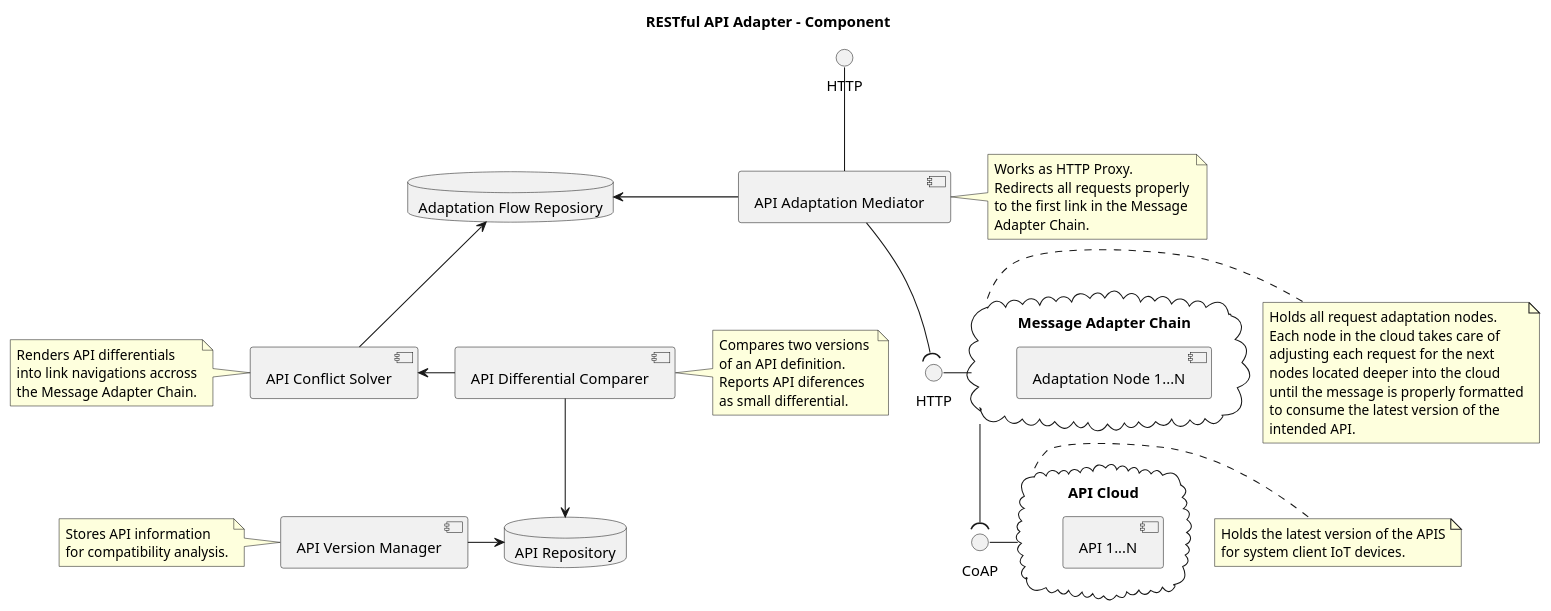
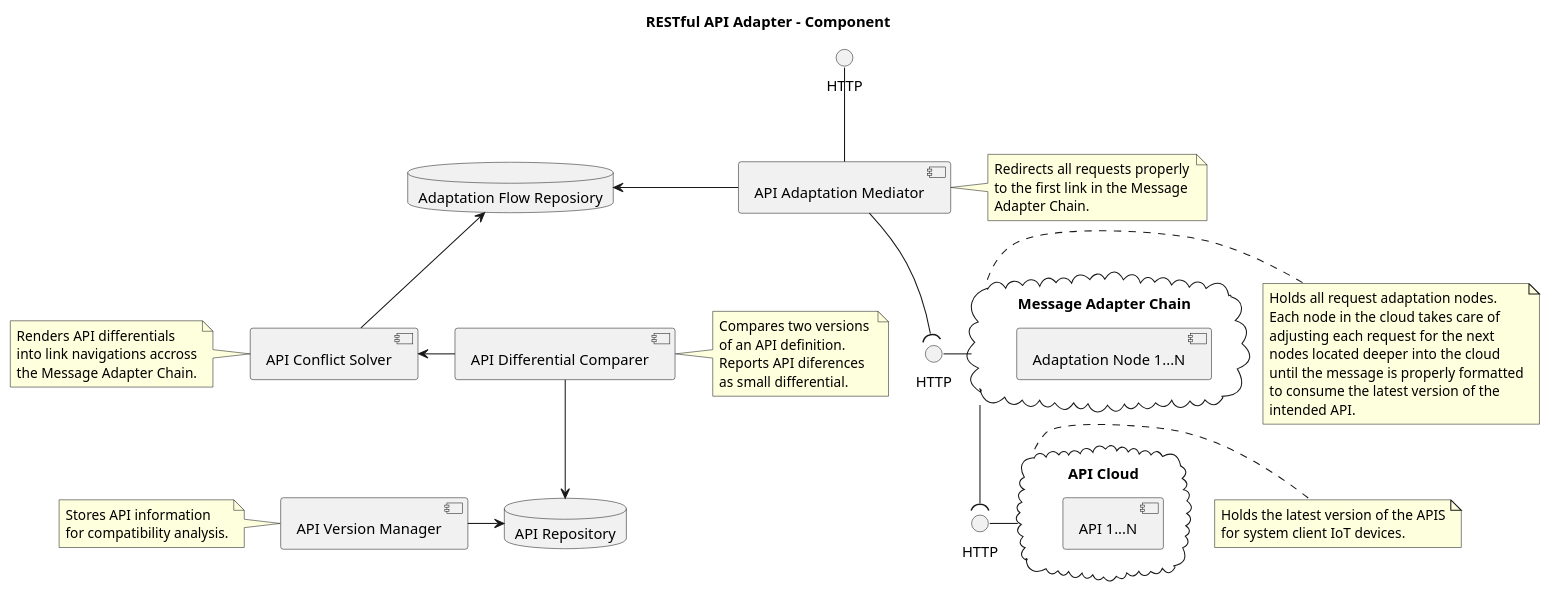
The diagram in 06.Conflict_Solver/02.Solution_Architecture_Component.puml (AndesRafa/IoT_Challenge8), drawn with PlantUML before and after one commit. The commit also changed 1 other file, not shown here.

Commit message:
Corrected API Adaptation mediato description. Replaced CoAP API Cloud protocol for HTTP.

```diff
--- a/06.Conflict_Solver/02.Solution_Architecture_Component.puml
+++ b/06.Conflict_Solver/02.Solution_Architecture_Component.puml
@@ -1,88 +1,87 @@
 @startuml
 'Title'
 title RESTful API Adapter - Component
 
 'Use UML2 icons'
 skinparam componentStyle uml2
 
 
 'Components'
 component "API Version Manager" as apimngr
 component "API Differential Comparer" as compchecker
 component "API Conflict Solver" as nodesolver
 component "API Adaptation Mediator" as nodecoor
 
 
 'Interfaces'
 interface "HTTP" as http_nodecoor
 interface "HTTP" as http_nodecloud
-interface "CoAP" as coap_apicloud
+interface "HTTP" as http_apicloud
 
 
 
 'Clouds'
 cloud "Message Adapter Chain" as nodecloud {
     component "Adaptation Node 1...N" as apinodes
 }
 cloud "API Cloud" as apicloud {
     component "API 1...N" as apis
 }
 
 'Repositories'
 database "API Repository" as apirep
 database "Adaptation Flow Reposiory" as noderep
 
 
 'Relations'
 http_nodecoor -down- nodecoor
 nodecoor -left-> noderep
 nodecoor -down-( http_nodecloud
 http_nodecloud -right- nodecloud
-nodecloud -down-( coap_apicloud
-coap_apicloud -right- apicloud
+nodecloud -down-( http_apicloud
+http_apicloud -right- apicloud
 nodesolver -up-> noderep
 nodesolver <-right- compchecker
 compchecker -down-> apirep
 apimngr -right-> apirep
 
 'Notes'
 note right of nodecoor
-    Works as HTTP Proxy.
     Redirects all requests properly
     to the first link in the Message 
     Adapter Chain.
 end note
 
 note right of compchecker
     Compares two versions 
     of an API definition.
     Reports API diferences 
     as small differential.
 end note
 
 note left of nodesolver
     Renders API differentials
     into link navigations accross
     the Message Adapter Chain.
 end note
 
 note left of apimngr
     Stores API information
     for compatibility analysis.
 end note
 
 note right of nodecloud
     Holds all request adaptation nodes.
     Each node in the cloud takes care of
     adjusting each request for the next
     nodes located deeper into the cloud
     until the message is properly formatted
     to consume the latest version of the
     intended API.
 end note
 
 note right of apicloud
     Holds the latest version of the APIS
     for system client IoT devices.
 end note
 @enduml
```
